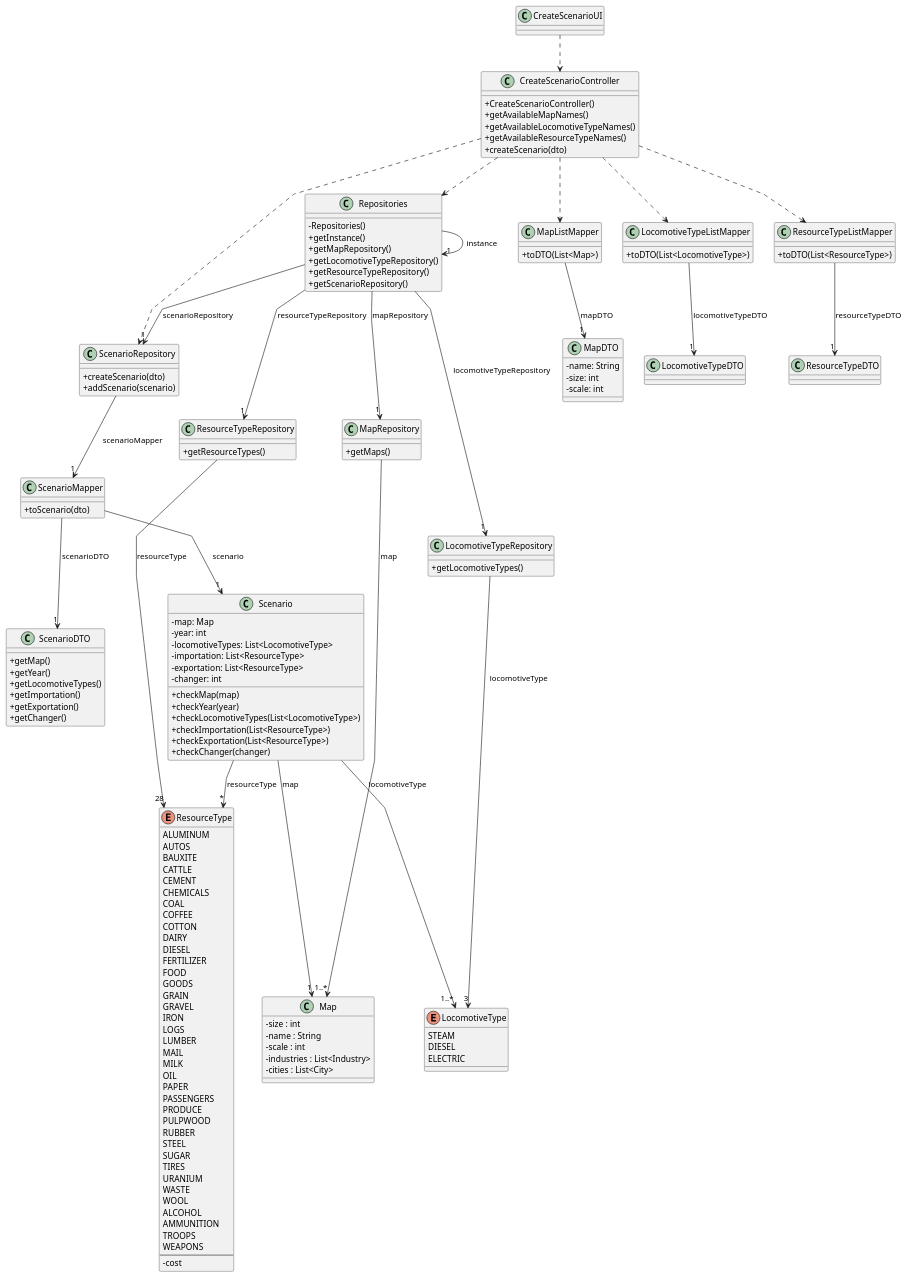
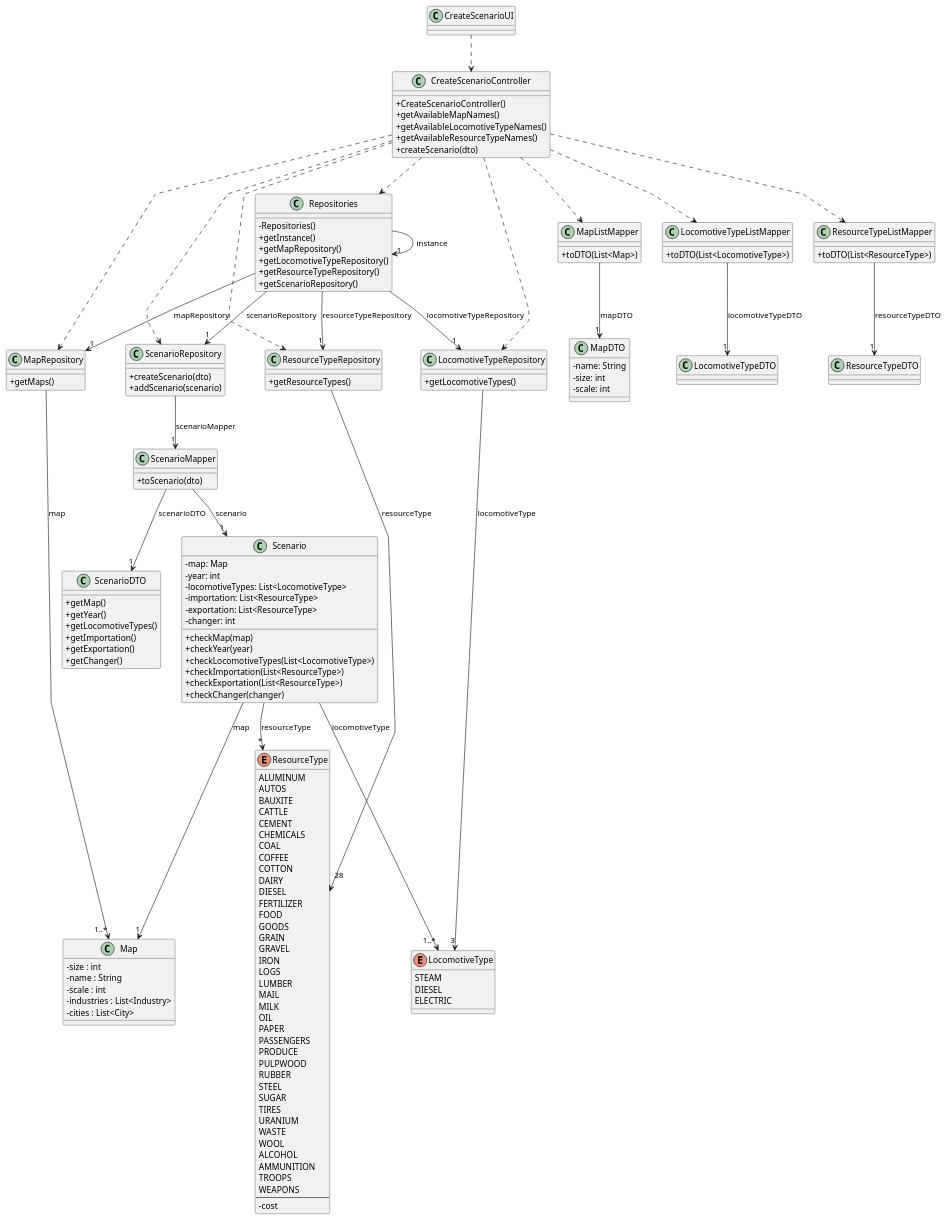
The diagram in Sprint3/US004/03.design/puml/US004-CD.puml (1240935/pi2-railway-simulator), drawn with PlantUML before and after one commit. The commit also changed 14 other files, not shown here.

```diff
--- a/Sprint3/US004/03.design/puml/US004-CD.puml
+++ b/Sprint3/US004/03.design/puml/US004-CD.puml
@@ -1,176 +1,179 @@
 @startuml
 'skinparam monochrome true
 skinparam packageStyle rectangle
 skinparam shadowing false
 skinparam linetype polyline
 'skinparam linetype orto
 
 skinparam classAttributeIconSize 0
 
 'left to right direction
 
     class CreateScenarioUI
     class CreateScenarioController {
         +CreateScenarioController()
         +getAvailableMapNames()
         +getAvailableLocomotiveTypeNames()
         +getAvailableResourceTypeNames()
         +createScenario(dto)
     }
 
     class Repositories {
         -Repositories()
         +getInstance()
         + getMapRepository()
         + getLocomotiveTypeRepository()
         + getResourceTypeRepository()
         + getScenarioRepository()
     }
 
     class MapRepository {
         + getMaps()
     }
     class LocomotiveTypeRepository {
         + getLocomotiveTypes()
     }
     class ResourceTypeRepository {
         + getResourceTypes()
     }
     class ScenarioRepository {
         + createScenario(dto)
         + addScenario(scenario)
     }
 
     class Map {
         - size : int
             - name : String
             - scale : int
             - industries : List<Industry>
             - cities : List<City>
     }
     enum LocomotiveType {
         STEAM
         DIESEL
         ELECTRIC
     }
     enum ResourceType {
         ALUMINUM
         AUTOS
         BAUXITE
         CATTLE
         CEMENT
         CHEMICALS
         COAL
         COFFEE
         COTTON
         DAIRY
         DIESEL
         FERTILIZER
         FOOD
         GOODS
         GRAIN
         GRAVEL
         IRON
         LOGS
         LUMBER
         MAIL
         MILK
         OIL
         PAPER
         PASSENGERS
         PRODUCE
         PULPWOOD
         RUBBER
         STEEL
         SUGAR
         TIRES
         URANIUM
         WASTE
         WOOL
         ALCOHOL
         AMMUNITION
         TROOPS
         WEAPONS
         --
         -cost
     }
     class Scenario {
         - map: Map
         - year: int
         - locomotiveTypes: List<LocomotiveType>
         - importation: List<ResourceType>
         - exportation: List<ResourceType>
         - changer: int
         + checkMap(map)
         + checkYear(year)
         + checkLocomotiveTypes(List<LocomotiveType>)
         + checkImportation(List<ResourceType>)
         + checkExportation(List<ResourceType>)
         + checkChanger(changer)
     }
 
     class ScenarioDTO {
         + getMap()
         + getYear()
         + getLocomotiveTypes()
         + getImportation()
         + getExportation()
         + getChanger()
     }
     class MapDTO {
         - name: String
         - size: int
         - scale: int
     }
     class LocomotiveTypeDTO
 
     class ResourceTypeDTO
 
     class MapListMapper {
         + toDTO(List<Map>)
     }
     class LocomotiveTypeListMapper {
         + toDTO(List<LocomotiveType>)
     }
     class ResourceTypeListMapper {
         + toDTO(List<ResourceType>)
     }
     class ScenarioMapper {
         + toScenario(dto)
     }
 
 
     CreateScenarioUI ..> CreateScenarioController
 
     CreateScenarioController ..> Repositories
 
     Repositories -> "1" Repositories : instance
     Repositories --> "1" MapRepository: mapRepository
     Repositories --> "1" LocomotiveTypeRepository: locomotiveTypeRepository
     Repositories --> "1" ResourceTypeRepository: resourceTypeRepository
     Repositories --> "1" ScenarioRepository: scenarioRepository
 
     CreateScenarioController ..> MapListMapper
     CreateScenarioController ..> LocomotiveTypeListMapper
     CreateScenarioController ..> ResourceTypeListMapper
     CreateScenarioController ..> ScenarioRepository
+    CreateScenarioController ..> MapRepository
+    CreateScenarioController ..> ResourceTypeRepository
+    CreateScenarioController ..> LocomotiveTypeRepository
 
     ScenarioRepository --> "1" ScenarioMapper: scenarioMapper
 
     MapRepository --> "1..*" Map: map
     LocomotiveTypeRepository --> "3" LocomotiveType: locomotiveType
     ResourceTypeRepository --> "28" ResourceType: resourceType
 
     ScenarioMapper --> "1" Scenario: scenario
     ScenarioMapper --> "1" ScenarioDTO: scenarioDTO
 
 
     Scenario --> "1" Map: map
     Scenario --> "1..*" LocomotiveType: locomotiveType
     Scenario --> "*" ResourceType: resourceType
 
     MapListMapper --> "1" MapDTO: mapDTO
     LocomotiveTypeListMapper --> "1" LocomotiveTypeDTO: locomotiveTypeDTO
     ResourceTypeListMapper --> "1" ResourceTypeDTO: resourceTypeDTO
 
     @enduml
```
